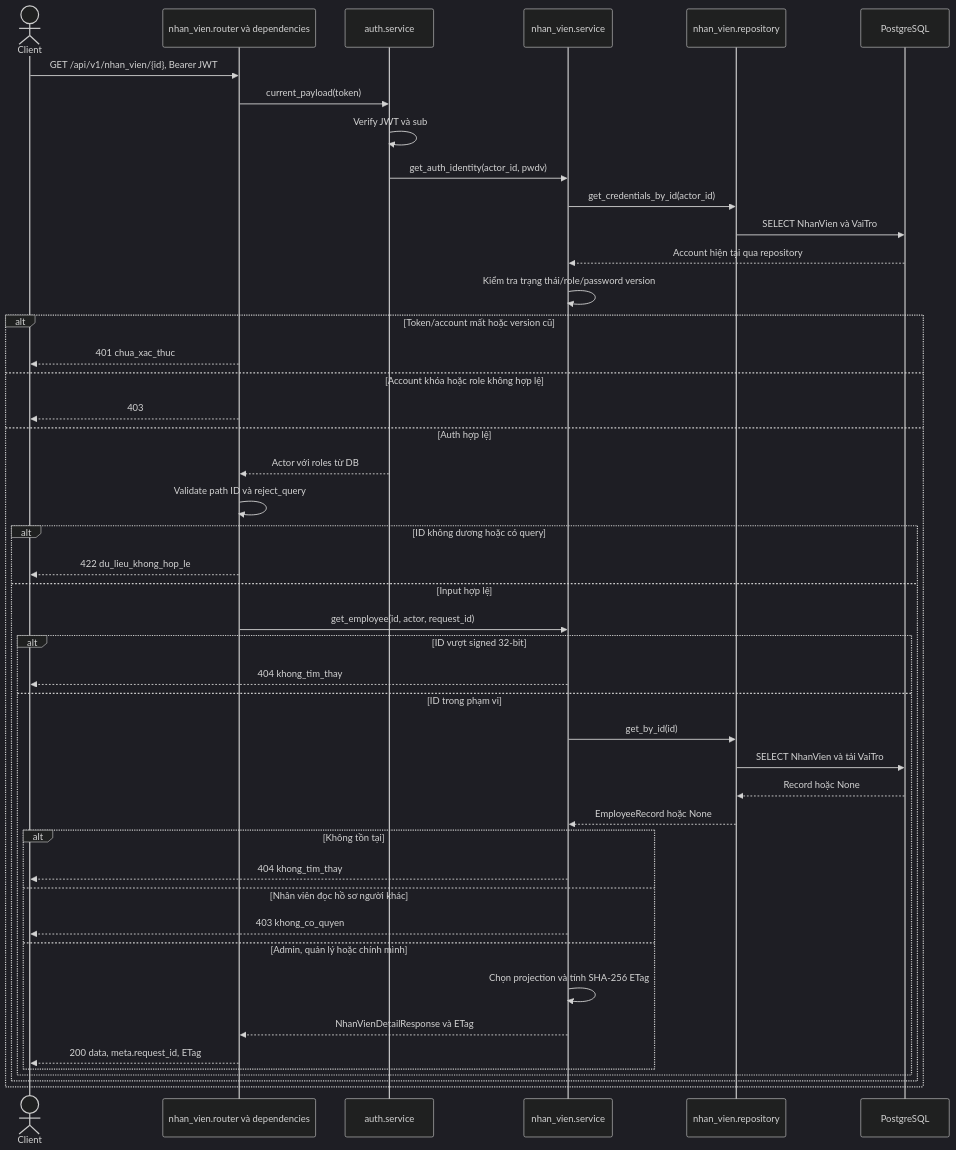
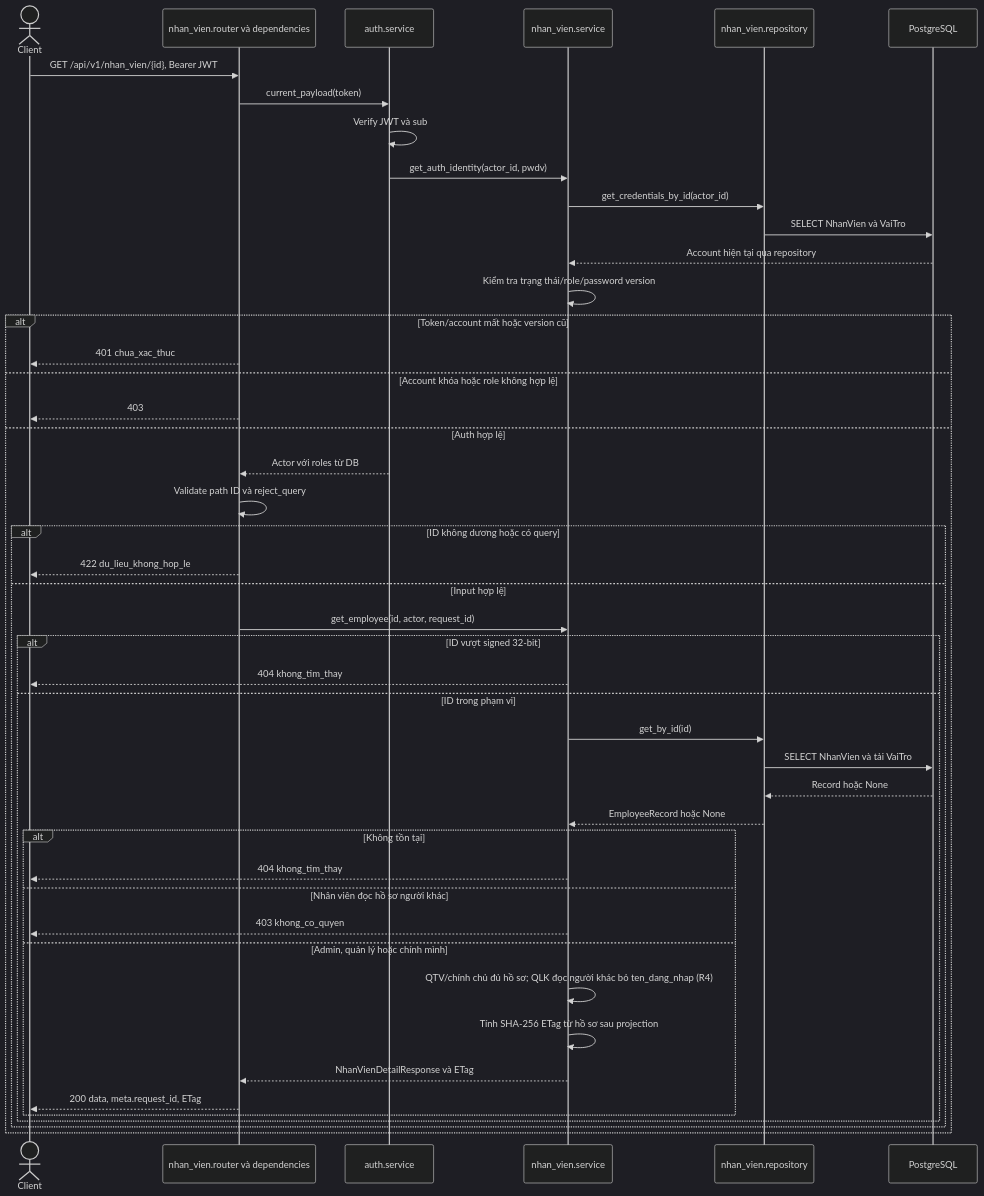
Before and after one commit to thanhklt/xbike-mrp-system: the second of 9 diagrams in docs/sequence/nhan_vien.md, drawn with Mermaid (dark theme). The commit also changed other lines of this file and 12 other files, not shown here.

````diff
--- a/docs/sequence/nhan_vien.md
+++ b/docs/sequence/nhan_vien.md
@@ -66,47 +71,48 @@
 ```mermaid
 sequenceDiagram
     actor C as Client
     participant R as nhan_vien.router và dependencies
     participant A as auth.service
     participant N as nhan_vien.service
     participant P as nhan_vien.repository
     participant DB as PostgreSQL
     C->>R: GET /api/v1/nhan_vien/{id}, Bearer JWT
     R->>A: current_payload(token)
     A->>A: Verify JWT và sub
     A->>N: get_auth_identity(actor_id, pwdv)
     N->>P: get_credentials_by_id(actor_id)
     P->>DB: SELECT NhanVien và VaiTro
     DB-->>N: Account hiện tại qua repository
     N->>N: Kiểm tra trạng thái/role/password version
     alt Token/account mất hoặc version cũ
         R-->>C: 401 chua_xac_thuc
     else Account khóa hoặc role không hợp lệ
         R-->>C: 403
     else Auth hợp lệ
         A-->>R: Actor với roles từ DB
         R->>R: Validate path ID và reject_query
         alt ID không dương hoặc có query
             R-->>C: 422 du_lieu_khong_hop_le
         else Input hợp lệ
             R->>N: get_employee(id, actor, request_id)
             alt ID vượt signed 32-bit
                 N-->>C: 404 khong_tim_thay
             else ID trong phạm vi
                 N->>P: get_by_id(id)
                 P->>DB: SELECT NhanVien và tải VaiTro
                 DB-->>P: Record hoặc None
                 P-->>N: EmployeeRecord hoặc None
                 alt Không tồn tại
                     N-->>C: 404 khong_tim_thay
                 else Nhân viên đọc hồ sơ người khác
                     N-->>C: 403 khong_co_quyen
                 else Admin, quản lý hoặc chính mình
-                    N->>N: Chọn projection và tính SHA-256 ETag
+                    N->>N: QTV/chính chủ đủ hồ sơ#59; QLK đọc người khác bỏ ten_dang_nhap (R4)
+                    N->>N: Tính SHA-256 ETag từ hồ sơ sau projection
                     N-->>R: NhanVienDetailResponse và ETag
                     R-->>C: 200 data, meta.request_id, ETag
                 end
             end
         end
     end
 ```
````
